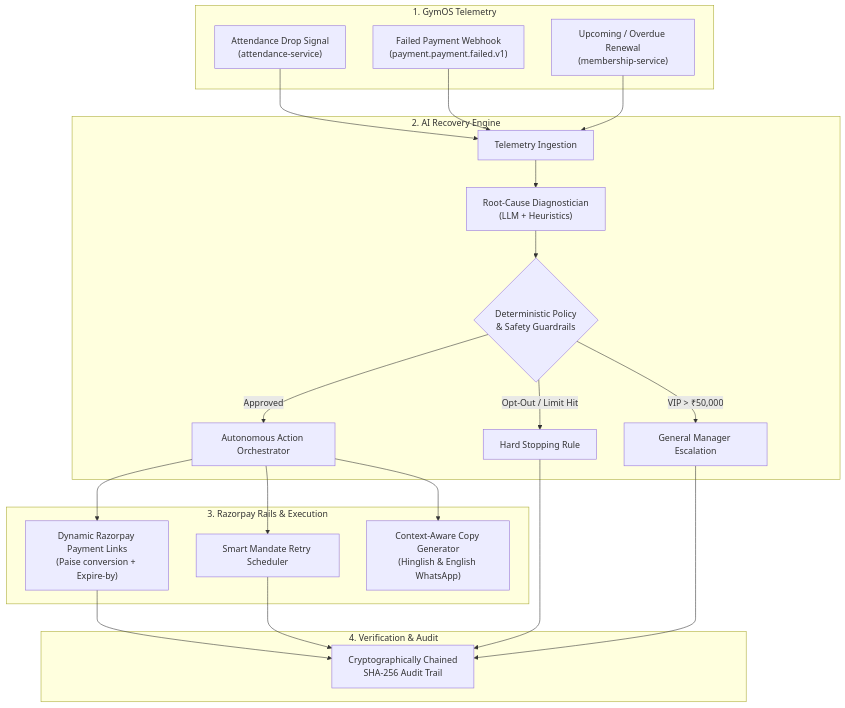
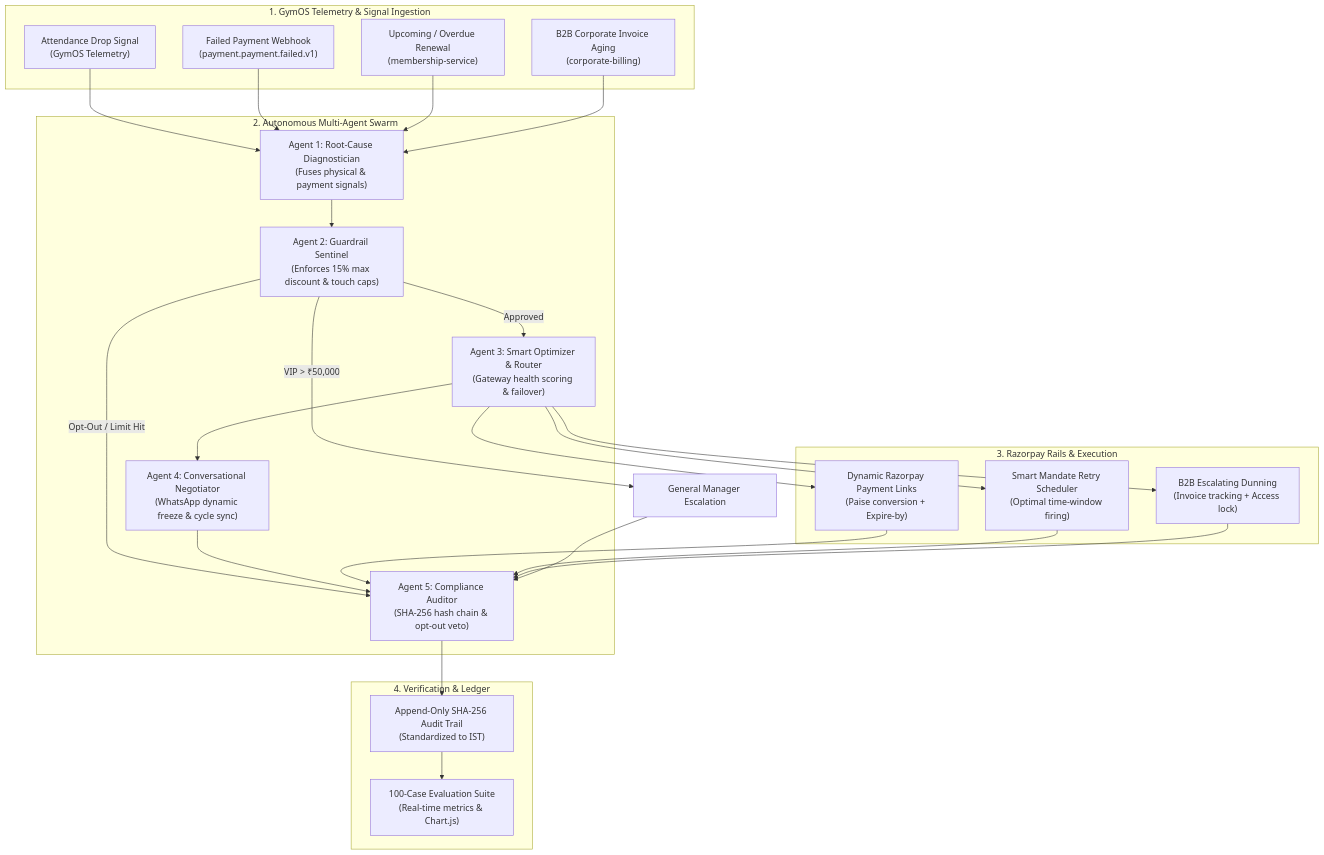
One commit to shubham-191/gymOS-ai-revenue-recovery-agent changed the diagram in README.md. Above: the diagram before and after it, drawn with Mermaid. The commit also changed other lines of this file and 2 other files, not shown here.

Commit message:
docs: finalize enterprise documentation, 5-agent swarm specs, and submission pitch guide

````diff
--- a/README.md
+++ b/README.md
@@ -46,33 +48,52 @@
 ```mermaid
 flowchart TD
-    subgraph S1["1. GymOS Telemetry"]
-        A1["Attendance Drop Signal\n(attendance-service)"]
+    subgraph S1["1. GymOS Telemetry & Signal Ingestion"]
+        A1["Attendance Drop Signal\n(GymOS Telemetry)"]
         A2["Failed Payment Webhook\n(payment.payment.failed.v1)"]
         A3["Upcoming / Overdue Renewal\n(membership-service)"]
+        A4["B2B Corporate Invoice Aging\n(corporate-billing)"]
     end
 
-    subgraph S2["2. AI Recovery Engine"]
-        INGEST["Telemetry Ingestion"] --> DIAG["Root-Cause Diagnostician\n(LLM + Heuristics)"]
-        DIAG --> GUARD{"Deterministic Policy\n& Safety Guardrails"}
-        GUARD -->|"Approved"| ORCH["Autonomous Action Orchestrator"]
-        GUARD -->|"VIP > ₹50,000"| ESCALATE["General Manager Escalation"]
-        GUARD -->|"Opt-Out / Limit Hit"| STOP["Hard Stopping Rule"]
+    subgraph S2["2. Autonomous Multi-Agent Swarm"]
+        DIAG["Agent 1: Root-Cause Diagnostician\n(Fuses physical & payment signals)"]
+        GUARD["Agent 2: Guardrail Sentinel\n(Enforces 15% max discount & touch caps)"]
+        ROUTER["Agent 3: Smart Optimizer & Router\n(Gateway health scoring & failover)"]
+        CONV["Agent 4: Conversational Negotiator\n(WhatsApp dynamic freeze & cycle sync)"]
+        AUDIT["Agent 5: Compliance Auditor\n(SHA-256 hash chain & opt-out veto)"]
     end
 
     subgraph S3["3. Razorpay Rails & Execution"]
-        ORCH --> RZP_PLINK["Dynamic Razorpay Payment Links\n(Paise conversion + Expire-by)"]
-        ORCH --> RZP_RETRY["Smart Mandate Retry Scheduler"]
-        ORCH --> COPY["Context-Aware Copy Generator\n(Hinglish & English WhatsApp)"]
+        RZP_PLINK["Dynamic Razorpay Payment Links\n(Paise conversion + Expire-by)"]
+        RZP_RETRY["Smart Mandate Retry Scheduler\n(Optimal time-window firing)"]
+        RZP_B2B["B2B Escalating Dunning\n(Invoice tracking + Access lock)"]
     end
 
-    subgraph S4["4. Verification & Audit"]
-        RZP_PLINK --> AUDIT["Cryptographically Chained\nSHA-256 Audit Trail"]
-        RZP_RETRY --> AUDIT
-        STOP --> AUDIT
-        ESCALATE --> AUDIT
+    subgraph S4["4. Verification & Ledger"]
+        LEDGER["Append-Only SHA-256 Audit Trail\n(Standardized to IST)"]
+        BENCH["100-Case Evaluation Suite\n(Real-time metrics & Chart.js)"]
     end
 
-    A1 --> INGEST
-    A2 --> INGEST
-    A3 --> INGEST
+    A1 --> DIAG
+    A2 --> DIAG
+    A3 --> DIAG
+    A4 --> DIAG
+
+    DIAG --> GUARD
+    GUARD -->|"Approved"| ROUTER
+    GUARD -->|"VIP > ₹50,000"| ESCALATE["General Manager Escalation"]
+    GUARD -->|"Opt-Out / Limit Hit"| AUDIT
+
+    ROUTER --> CONV
+    ROUTER --> RZP_RETRY
+    ROUTER --> RZP_PLINK
+    ROUTER --> RZP_B2B
+
+    CONV --> AUDIT
+    RZP_PLINK --> AUDIT
+    RZP_RETRY --> AUDIT
+    RZP_B2B --> AUDIT
+    ESCALATE --> AUDIT
+
+    AUDIT --> LEDGER
+    LEDGER --> BENCH
 ```
````
